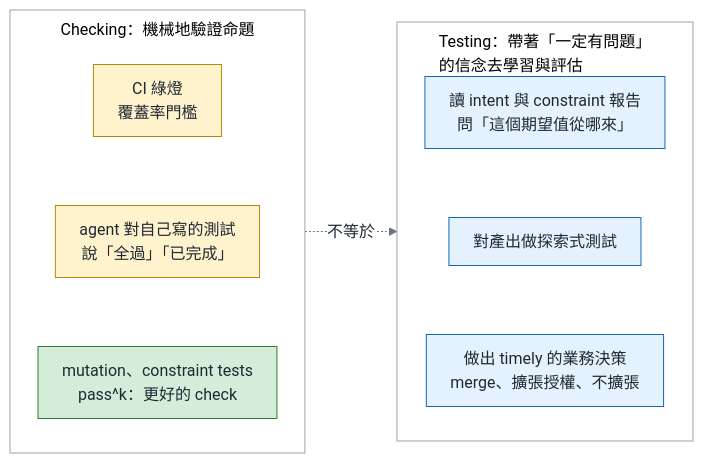
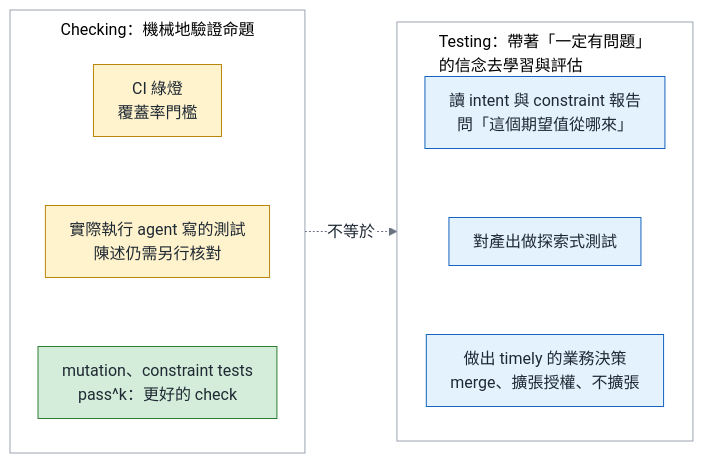
Before and after one commit to fantasybz/medium-articles: the first of 10 diagrams in 2026-10-green-overview/article.md, drawn with Mermaid. The commit also changed other lines of this file and 93 other files, not shown here.

````diff
--- a/2026-10-green-overview/article.md
+++ b/2026-10-green-overview/article.md
@@ -75,45 +75,45 @@
 ```mermaid
 ---
 config:
   theme: base
   themeVariables:
     fontSize: 16px
     primaryColor: "#f8f9fa"
     primaryTextColor: "#1f2933"
     primaryBorderColor: "#6b7280"
     lineColor: "#6b7280"
     secondaryColor: "#f8f9fa"
     tertiaryColor: "#ffffff"
     clusterBkg: "#ffffff"
     clusterBorder: "#9ca3af"
     edgeLabelBackground: "#ffffff"
   flowchart:
     nodeSpacing: 36
     rankSpacing: 44
     padding: 12
     htmlLabels: true
     subGraphTitleMargin:
       top: 8
       bottom: 12
     curve: basis
 ---
 flowchart LR
     classDef own fill:#d4edda,stroke:#2e7d32,color:#1f2933
     classDef buy fill:#fff3cd,stroke:#b8860b,color:#1f2933
     classDef bad fill:#ffe0e0,stroke:#c0392b,color:#1f2933
     classDef human fill:#e3f2fd,stroke:#1565c0,color:#1f2933
     subgraph chk["Checking：機械地驗證命題"]
         direction TB
-        C1["CI 綠燈<br/>覆蓋率門檻"] ~~~ C2["agent 對自己寫的測試<br/>說「全過」「已完成」"]
+        C1["CI 綠燈<br/>覆蓋率門檻"] ~~~ C2["實際執行 agent 寫的測試<br/>陳述仍需另行核對"]
         C2 ~~~ C3["mutation、constraint tests<br/>pass^k：更好的 check"]
     end
     subgraph tst["Testing：帶著「一定有問題」<br/>的信念去學習與評估"]
         direction TB
         T1["讀 intent 與 constraint 報告<br/>問「這個期望值從哪來」"] ~~~ T2["對產出做探索式測試"]
         T2 ~~~ T3["做出 timely 的業務決策<br/>merge、擴張授權、不擴張"]
     end
     chk -.->|不等於| tst
     class C1,C2 buy
     class C3 own
     class T1,T2,T3 human
 ```
````
